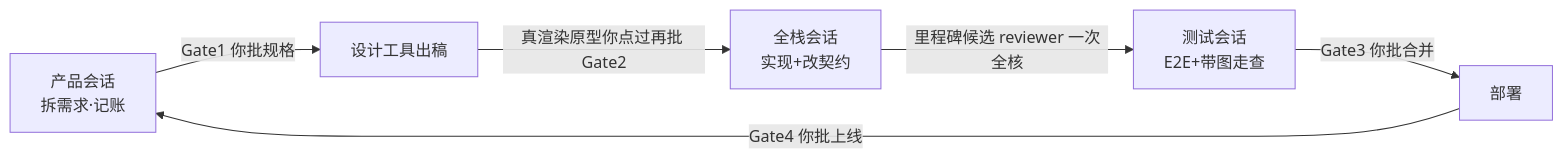
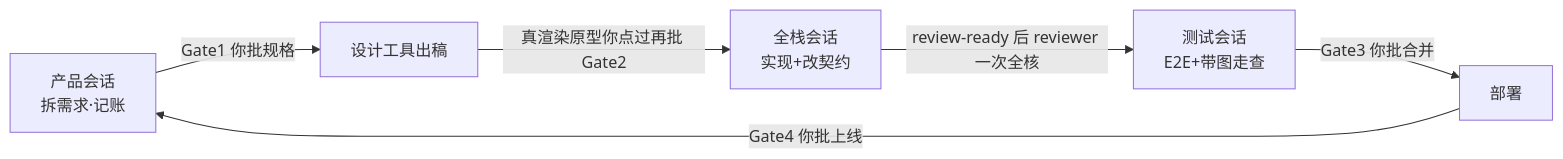
The diagram in README.md (HaiYangBG1/BuildBeat), drawn with Mermaid before and after one commit. The commit also changed other lines of this file and 14 other files, not shown here.

````diff
--- a/README.md
+++ b/README.md
@@ -83,8 +83,8 @@
 ```mermaid
 flowchart LR
     PM["产品会话<br/>拆需求·记账"] -->|"Gate1 你批规格"| Design["设计工具出稿"]
     Design -->|"真渲染原型你点过再批 Gate2"| Deliver["全栈会话<br/>实现+改契约"]
-    Deliver -->|"里程碑候选 reviewer 一次全核"| Verify["测试会话<br/>E2E+带图走查"]
+    Deliver -->|"review-ready 后 reviewer 一次全核"| Verify["测试会话<br/>E2E+带图走查"]
     Verify -->|"Gate3 你批合并"| Deploy["部署"]
     Deploy -->|"Gate4 你批上线"| PM
 ```
````
